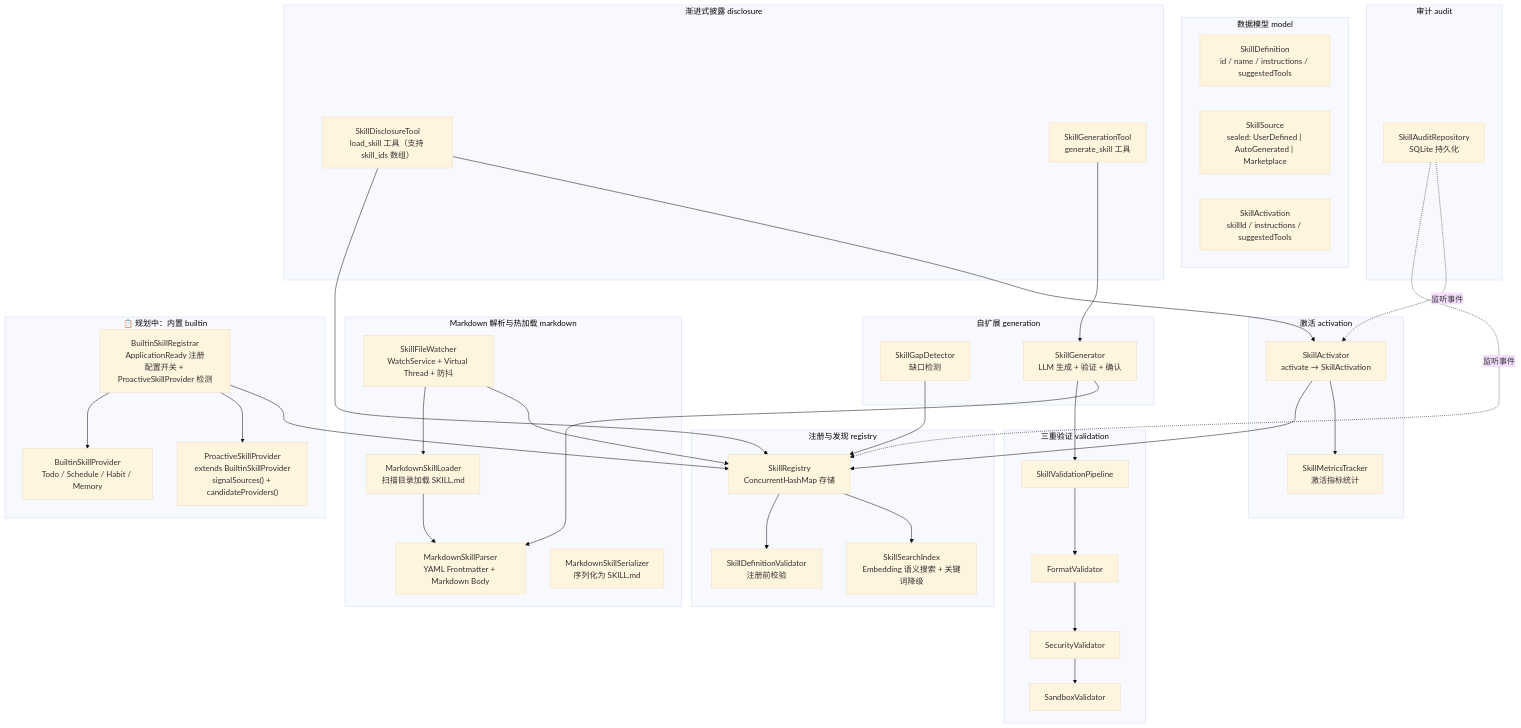
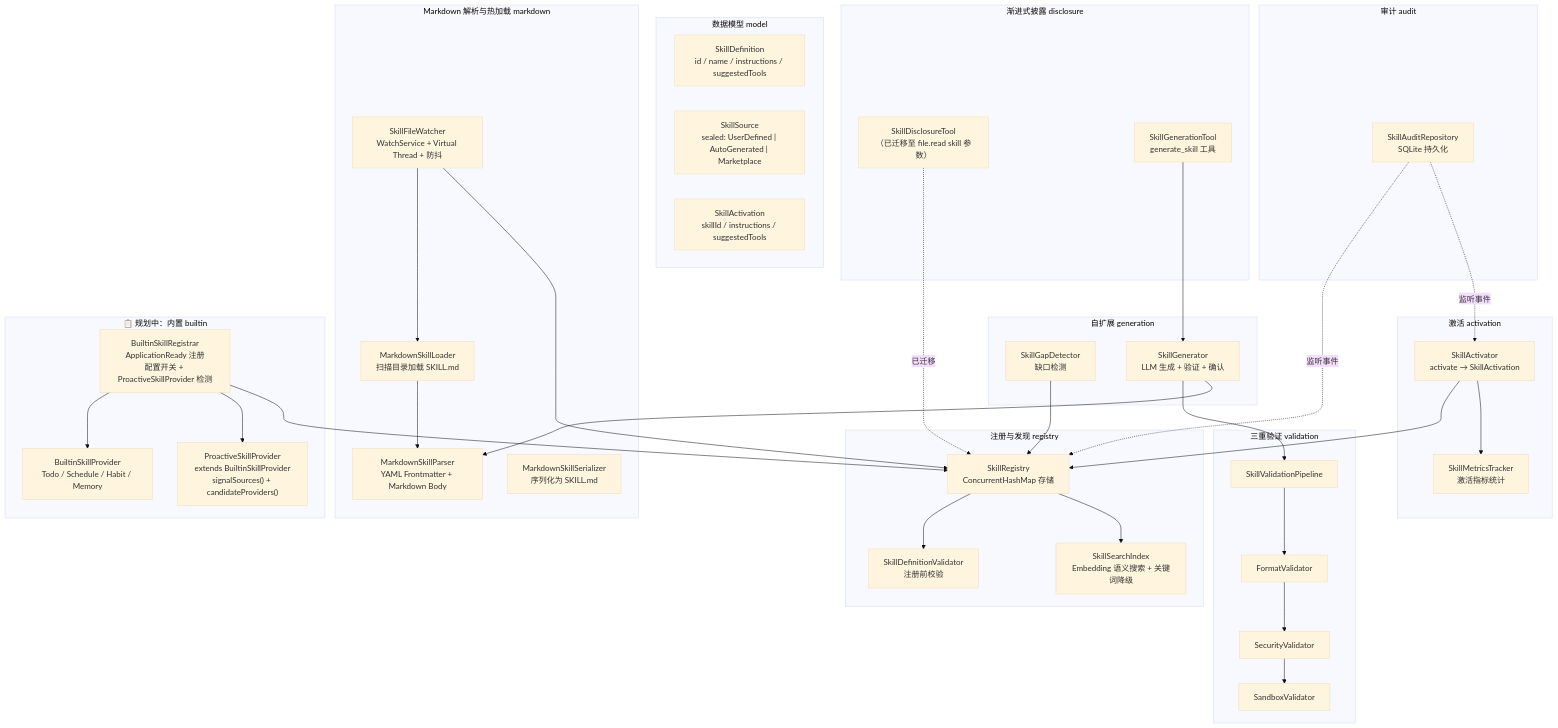
Before and after one commit to ntygod/LifePilot: the first of 4 diagrams in docs/architecture/skill-system.md, drawn with Mermaid (base theme). The commit also changed other lines of this file and 85 other files, not shown here.

````diff
--- a/docs/architecture/skill-system.md
+++ b/docs/architecture/skill-system.md
@@ -15,72 +15,71 @@
 ```mermaid
 graph TB
     subgraph "数据模型 model"
         SD["SkillDefinition<br/>id / name / instructions / suggestedTools"]
         SS["SkillSource<br/>sealed: UserDefined | AutoGenerated | Marketplace"]
         SA_M["SkillActivation<br/>skillId / instructions / suggestedTools"]
     end
 
     subgraph "注册与发现 registry"
         SR["SkillRegistry<br/>ConcurrentHashMap 存储"]
         SDV["SkillDefinitionValidator<br/>注册前校验"]
         SSI["SkillSearchIndex<br/>Embedding 语义搜索 + 关键词降级"]
     end
 
     subgraph "激活 activation"
         SA["SkillActivator<br/>activate → SkillActivation"]
         SMT["SkillMetricsTracker<br/>激活指标统计"]
     end
 
     subgraph "Markdown 解析与热加载 markdown"
         MSL["MarkdownSkillLoader<br/>扫描目录加载 SKILL.md"]
         MSP["MarkdownSkillParser<br/>YAML Frontmatter + Markdown Body"]
         MSS["MarkdownSkillSerializer<br/>序列化为 SKILL.md"]
         SFW["SkillFileWatcher<br/>WatchService + Virtual Thread + 防抖"]
     end
 
     subgraph "三重验证 validation"
         SVP["SkillValidationPipeline"]
         FV["FormatValidator"]
         SEV["SecurityValidator"]
         SBV["SandboxValidator"]
         SVP --> FV --> SEV --> SBV
     end
 
     subgraph "自扩展 generation"
         SGD["SkillGapDetector<br/>缺口检测"]
         SG["SkillGenerator<br/>LLM 生成 + 验证 + 确认"]
     end
 
     subgraph "渐进式披露 disclosure"
-        SDT["SkillDisclosureTool<br/>load_skill 工具（支持 skill_ids 数组）"]
+        SDT["SkillDisclosureTool<br/>（已迁移至 file.read skill 参数）"]
         SGT["SkillGenerationTool<br/>generate_skill 工具"]
     end
 
     subgraph "📋 规划中：内置 builtin"
         BSR["BuiltinSkillRegistrar<br/>ApplicationReady 注册<br/>配置开关 + ProactiveSkillProvider 检测"]
         BSP["BuiltinSkillProvider<br/>Todo / Schedule / Habit / Memory"]
         PSP["ProactiveSkillProvider<br/>extends BuiltinSkillProvider<br/>signalSources() + candidateProviders()"]
     end
 
     subgraph "审计 audit"
         SAR["SkillAuditRepository<br/>SQLite 持久化"]
     end
 
     SR --> SDV
     SR --> SSI
     SA --> SR
     SA --> SMT
     SFW --> MSL --> MSP
     SFW --> SR
     SGD --> SR
     SG --> SVP
     SG --> MSP
-    SDT --> SR
-    SDT --> SA
+    SDT -.->|"已迁移"| SR
     SGT --> SG
     BSR --> BSP
     BSR --> PSP
     BSR --> SR
     SAR -.->|"监听事件"| SR
     SAR -.->|"监听事件"| SA
 ```
````
